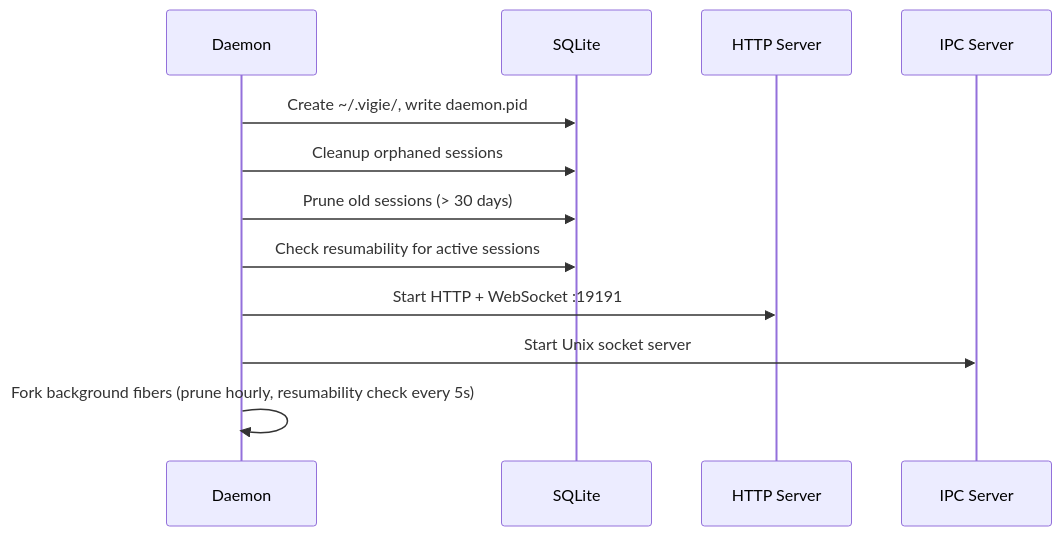
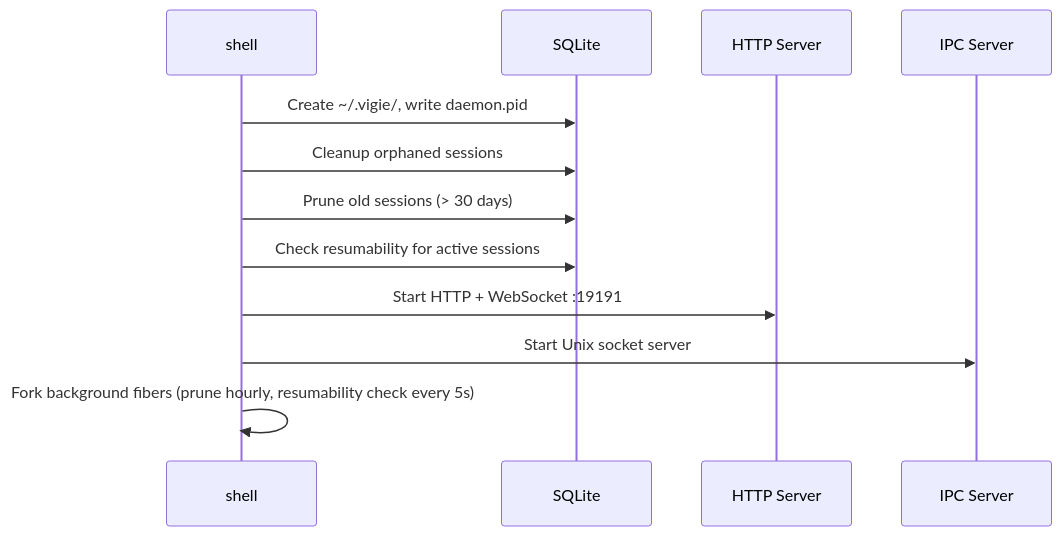
One commit to get-tmonier/vigie changed the second of 3 diagrams in docs/architecture/modules.md. Above: the diagram before and after it, drawn with Mermaid. The commit also changed other lines of this file and 1 other file, not shown here.

Commit message:
docs(architecture): update module map and overview for daemon → shell demotion

````diff
--- a/docs/architecture/modules.md
+++ b/docs/architecture/modules.md
@@ -116,15 +108,15 @@
 ```mermaid
 sequenceDiagram
-    participant D as Daemon
+    participant D as shell
     participant DB as SQLite
     participant HTTP as HTTP Server
     participant IPC as IPC Server
 
     D->>DB: Create ~/.vigie/, write daemon.pid
     D->>DB: Cleanup orphaned sessions
     D->>DB: Prune old sessions (> 30 days)
     D->>DB: Check resumability for active sessions
     D->>HTTP: Start HTTP + WebSocket :19191
     D->>IPC: Start Unix socket server
     D->>D: Fork background fibers (prune hourly, resumability check every 5s)
 ```
````
